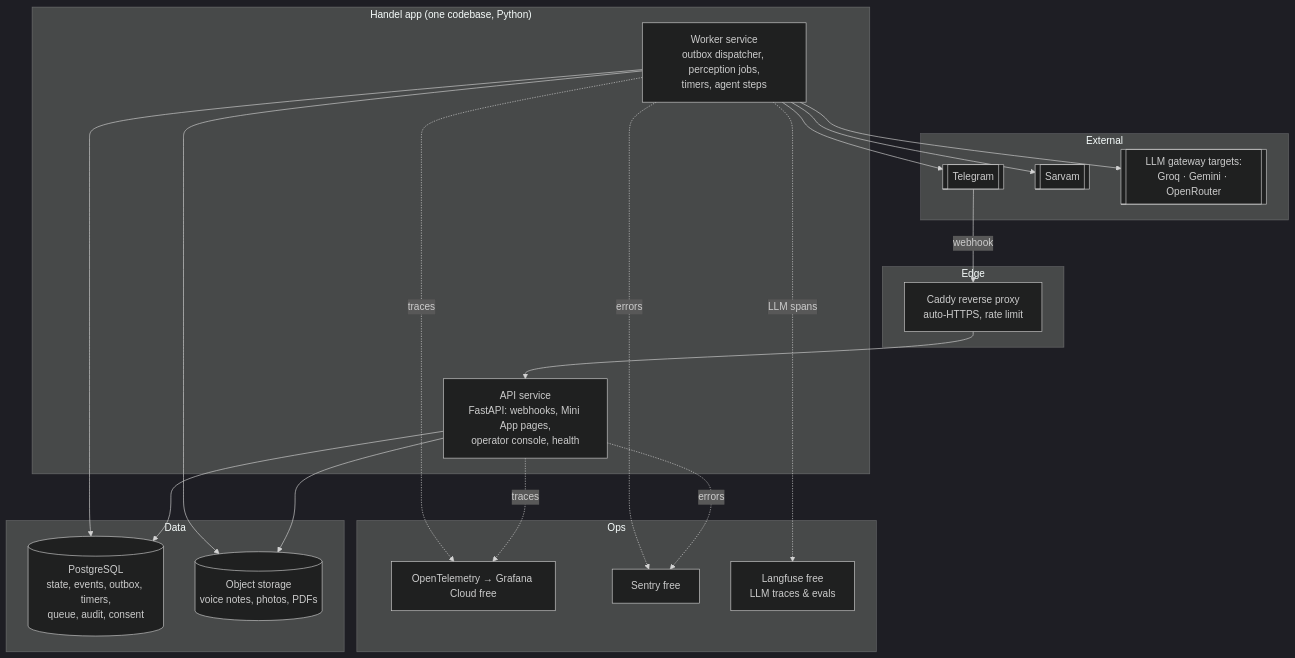
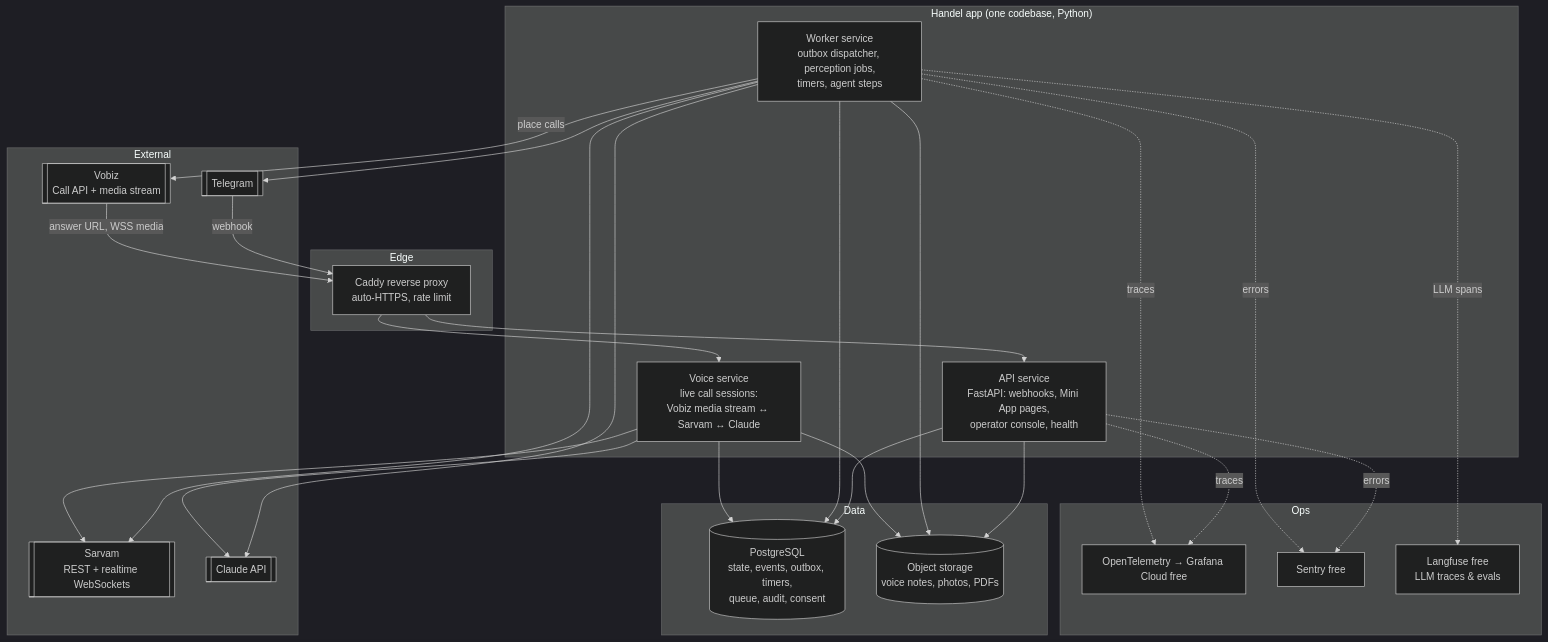
Before and after one commit to TharunMurugesh/handel: the second of 5 diagrams in docs/03-architecture.md, drawn with Mermaid (dark theme). The commit also changed other lines of this file and 3 other files, not shown here.

First line of the commit message:
Docs v0.2: Claude API, Sarvam and Vobiz phone calls

````diff
--- a/docs/03-architecture.md
+++ b/docs/03-architecture.md
@@ -87,42 +99,51 @@
 ```mermaid
 flowchart TB
     subgraph Edge
       CADDY[Caddy reverse proxy<br/>auto-HTTPS, rate limit]
     end
 
     subgraph App["Handel app (one codebase, Python)"]
       API[API service<br/>FastAPI: webhooks, Mini App pages,<br/>operator console, health]
       WORKER[Worker service<br/>outbox dispatcher, perception jobs,<br/>timers, agent steps]
+      VOICE[Voice service<br/>live call sessions:<br/>Vobiz media stream ↔ Sarvam ↔ Claude]
     end
 
     subgraph Data
       PG[(PostgreSQL<br/>state, events, outbox, timers,<br/>queue, audit, consent)]
       OBJ[(Object storage<br/>voice notes, photos, PDFs)]
     end
 
     subgraph External
       TG[[Telegram]]
-      SARVAM[[Sarvam]]
-      LLMs[[LLM gateway targets:<br/>Groq · Gemini · OpenRouter]]
+      SARVAM[[Sarvam<br/>REST + realtime WebSockets]]
+      LLMs[[Claude API]]
+      VOBIZ[[Vobiz<br/>Call API + media stream]]
     end
 
     subgraph Ops
       OTEL[OpenTelemetry → Grafana Cloud free]
       SENTRY[Sentry free]
       LANGFUSE[Langfuse free<br/>LLM traces & evals]
     end
 
     TG -->|webhook| CADDY --> API
     API --> PG
     API --> OBJ
     WORKER --> PG
     WORKER --> OBJ
     WORKER --> TG
     WORKER --> SARVAM
     WORKER --> LLMs
+    WORKER -->|place calls| VOBIZ
+    VOBIZ -->|answer URL, WSS media| CADDY
+    CADDY --> VOICE
+    VOICE --> SARVAM
+    VOICE --> LLMs
+    VOICE --> PG
+    VOICE --> OBJ
     API -. traces .-> OTEL
     WORKER -. traces .-> OTEL
     API -. errors .-> SENTRY
     WORKER -. errors .-> SENTRY
     WORKER -. LLM spans .-> LANGFUSE
 ```
````
